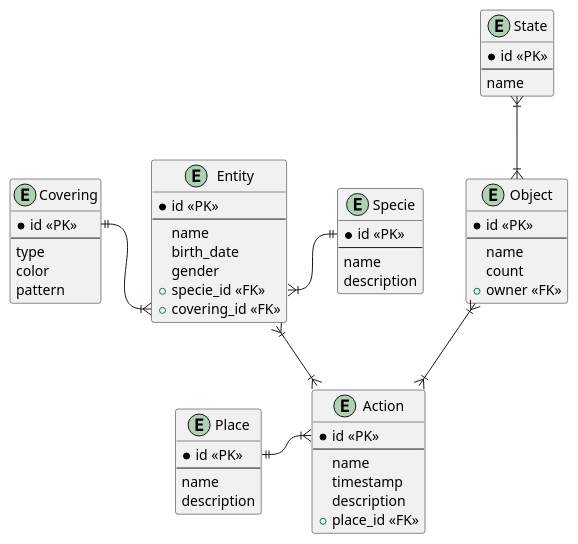
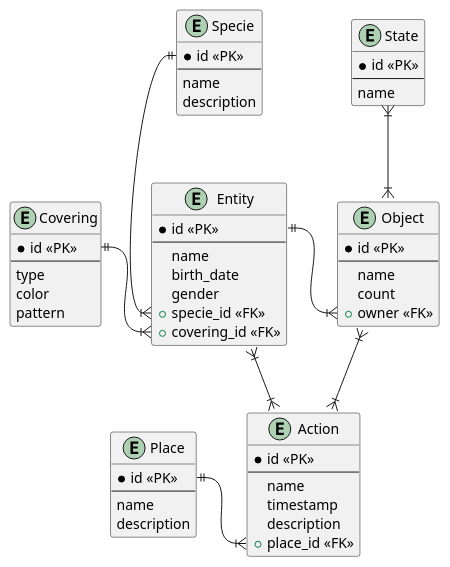
The diagram in databases/1/er-info.puml (MrDvD/itmo_labs), drawn with PlantUML before and after one commit. The commit also changed 4 other files, not shown here.

Commit message:
fix: updated diagrams

```diff
--- a/databases/1/er-info.puml
+++ b/databases/1/er-info.puml
@@ -1,63 +1,64 @@
 @startuml name
 entity Entity {
    * id «PK»
    ---
    name
    birth_date
    gender
    + specie_id «FK»
    + covering_id «FK»
 }
 
 entity Covering {
    * id «PK»
    ---
    type
    color
    pattern
 }
 
 entity Action {
    * id «PK»
    ---
    name
    timestamp
    description
    + place_id «FK»
 }
 
 entity Place {
    * id «PK»
    ---
    name
    description
 }
 
 entity Object {
    * id «PK»
    ---
    name
    count
    + owner «FK»
 }
 
 entity State {
    * id «PK»
    ---
    name
 }
 
 entity Specie {
    * id «PK»
    ---
    name
    description
 }
 
 Entity::covering_id }|-l-|| Covering::id
-Entity::specie_id }|-r-|| Specie::id
+Entity::specie_id }|-u-|| Specie::id
 Entity }|--|{ Action
 State }|--|{ Object
-Action::id }|-l-|| Place::id
+Action::place_id }|-l-|| Place::id
 Object }|--|{ Action
+Entity::id ||-r-|{ Object::owner
 @enduml
```
